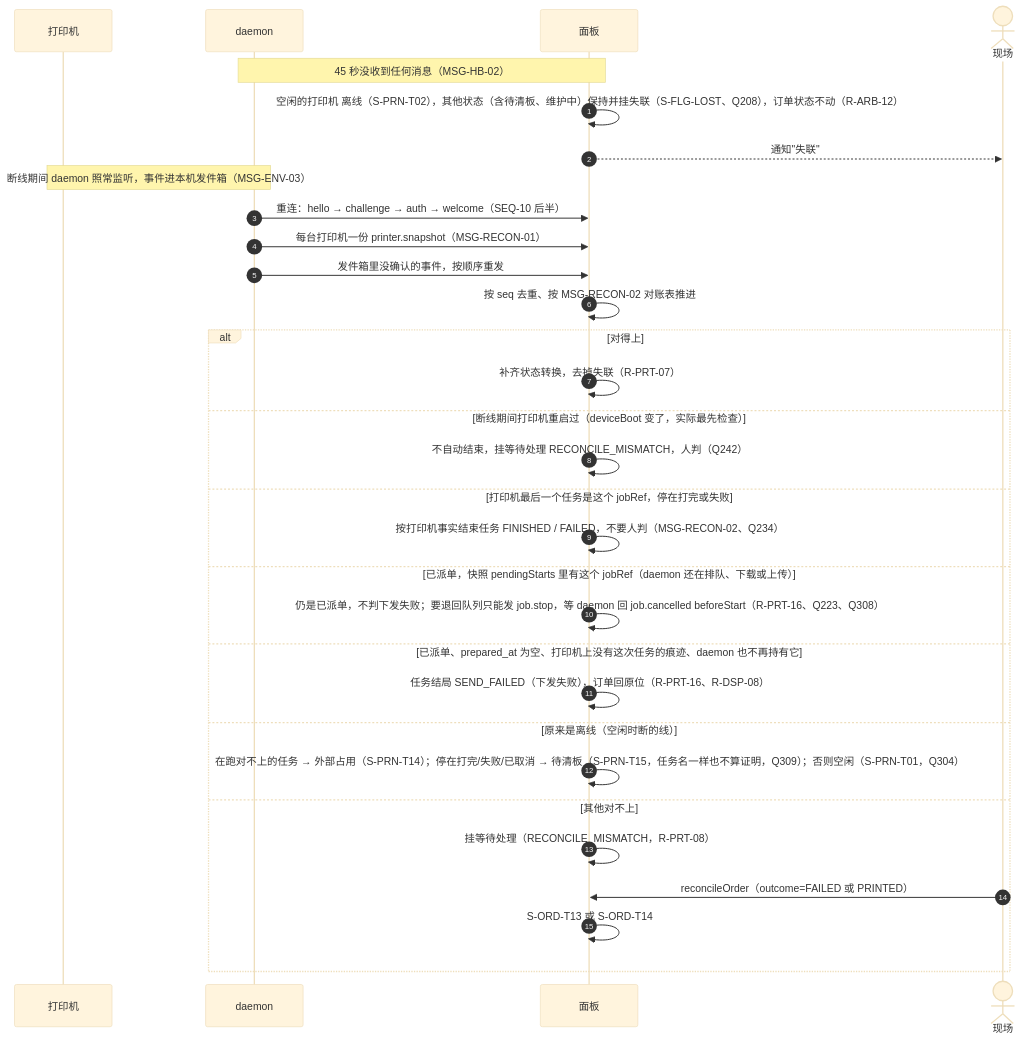
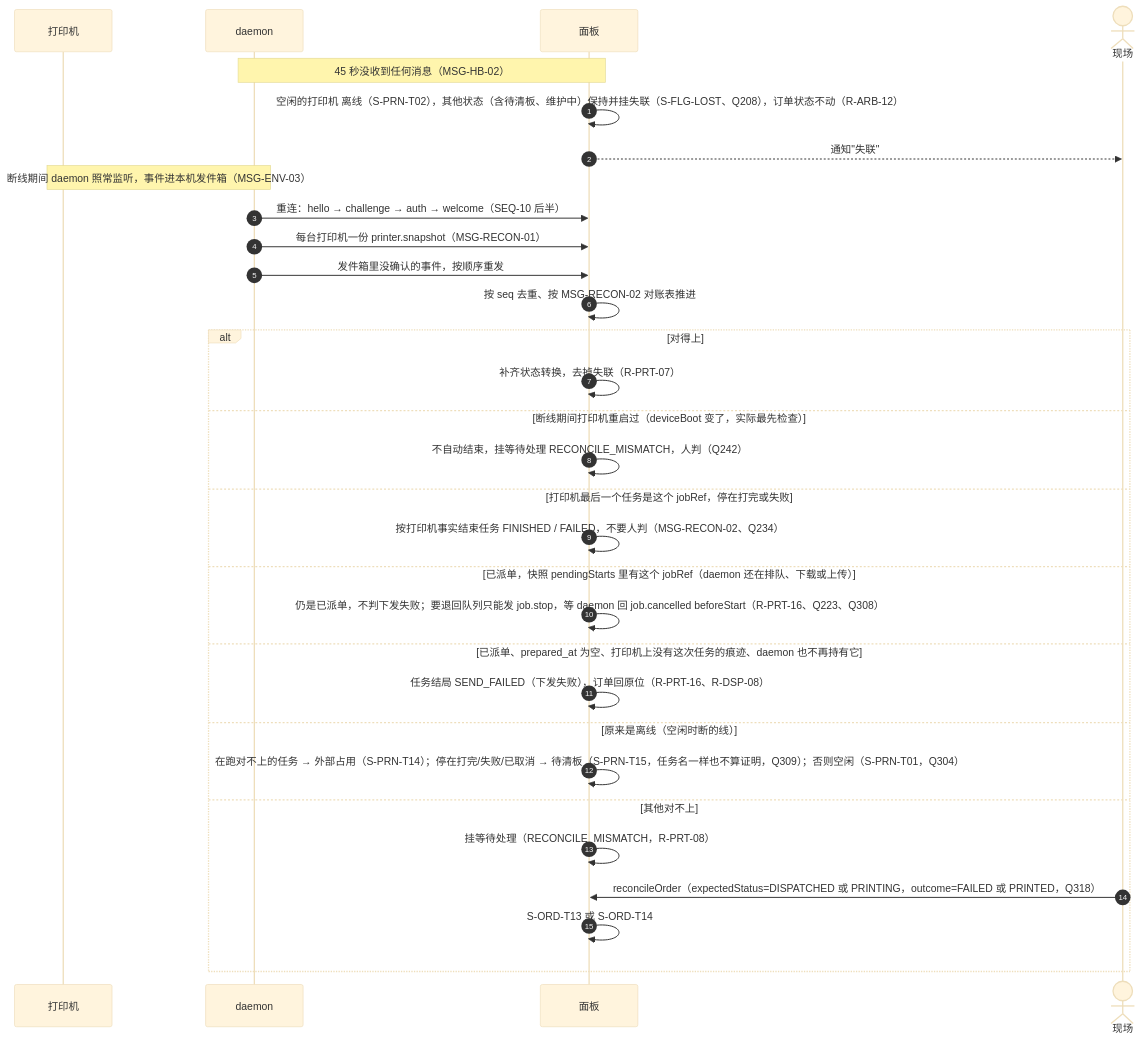
Before and after one commit to PlateRelay/PlateRelay: the sixth of 11 diagrams in docs/design/03-sequences.md, drawn with Mermaid (base theme). The commit also changed other lines of this file, not shown here.

First line of the commit message:
docs(design): align dispatch, reconcile, and end-photo sequences with second-round review

````diff
--- a/docs/design/03-sequences.md
+++ b/docs/design/03-sequences.md
@@ -247,33 +247,33 @@
 ```mermaid
 sequenceDiagram
   autonumber
   participant R as 打印机
   participant D as daemon
   participant P as 面板
   actor S as 现场
   Note over D,P: 45 秒没收到任何消息（MSG-HB-02）
   P->>P: 空闲的打印机 离线（S-PRN-T02），其他状态（含待清板、维护中）保持并挂失联（S-FLG-LOST、Q208），订单状态不动（R-ARB-12）
   P-->>S: 通知"失联"
   Note over R,D: 断线期间 daemon 照常监听，事件进本机发件箱（MSG-ENV-03）
   D->>P: 重连：hello → challenge → auth → welcome（SEQ-10 后半）
   D->>P: 每台打印机一份 printer.snapshot（MSG-RECON-01）
   D->>P: 发件箱里没确认的事件，按顺序重发
   P->>P: 按 seq 去重、按 MSG-RECON-02 对账表推进
   alt 对得上
     P->>P: 补齐状态转换，去掉失联（R-PRT-07）
   else 断线期间打印机重启过（deviceBoot 变了，实际最先检查）
     P->>P: 不自动结束，挂等待处理 RECONCILE_MISMATCH，人判（Q242）
   else 打印机最后一个任务是这个 jobRef，停在打完或失败
     P->>P: 按打印机事实结束任务 FINISHED / FAILED，不要人判（MSG-RECON-02、Q234）
   else 已派单，快照 pendingStarts 里有这个 jobRef（daemon 还在排队、下载或上传）
     P->>P: 仍是已派单，不判下发失败；要退回队列只能发 job.stop，等 daemon 回 job.cancelled beforeStart（R-PRT-16、Q223、Q308）
   else 已派单、prepared_at 为空、打印机上没有这次任务的痕迹、daemon 也不再持有它
     P->>P: 任务结局 SEND_FAILED（下发失败），订单回原位（R-PRT-16、R-DSP-08）
   else 原来是离线（空闲时断的线）
     P->>P: 在跑对不上的任务 → 外部占用（S-PRN-T14）；停在打完/失败/已取消 → 待清板（S-PRN-T15，任务名一样也不算证明，Q309）；否则空闲（S-PRN-T01，Q304）
   else 其他对不上
     P->>P: 挂等待处理（RECONCILE_MISMATCH，R-PRT-08）
-    S->>P: reconcileOrder（outcome=FAILED 或 PRINTED）
+    S->>P: reconcileOrder（expectedStatus=DISPATCHED 或 PRINTING，outcome=FAILED 或 PRINTED，Q318）
     P->>P: S-ORD-T13 或 S-ORD-T14
   end
 ```
````
